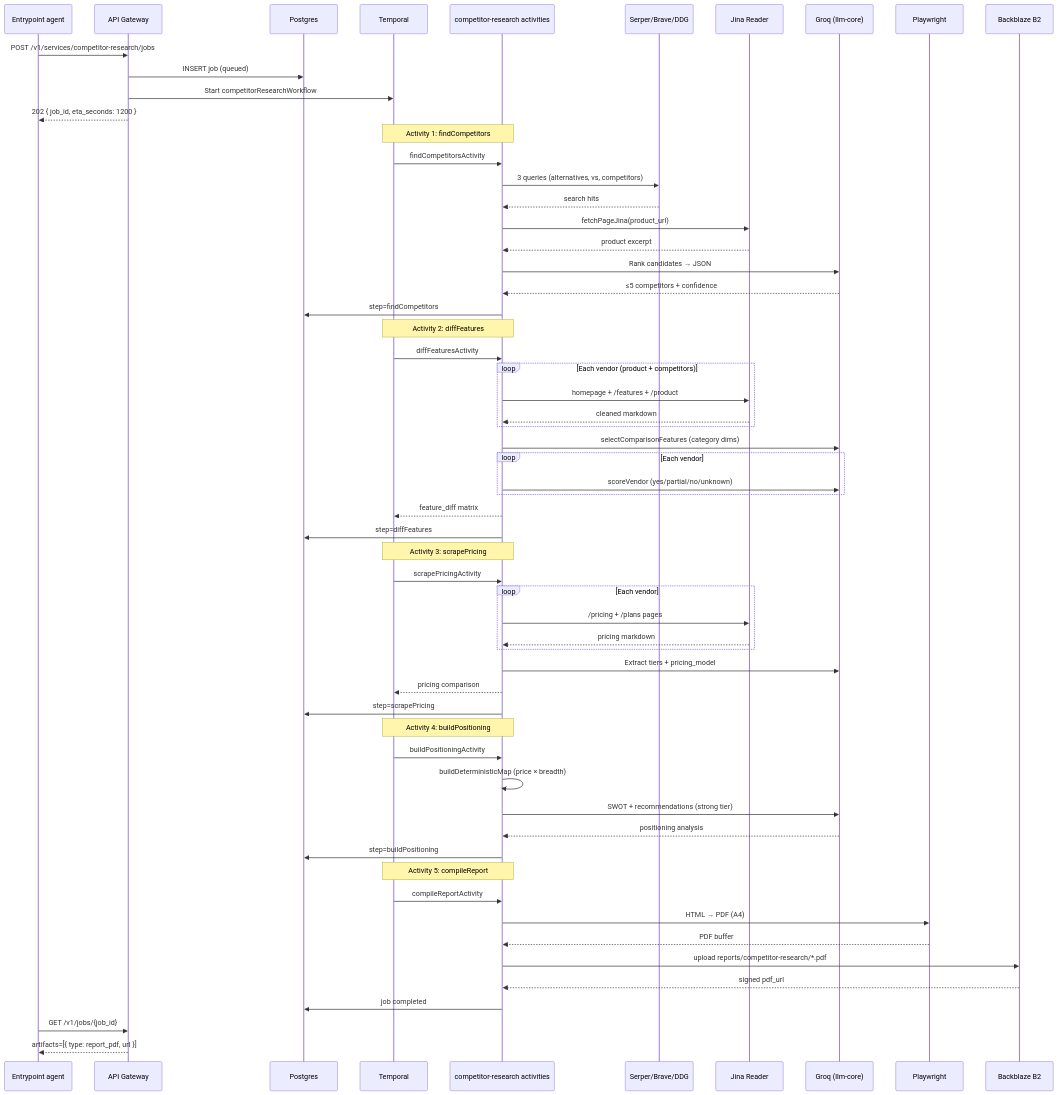
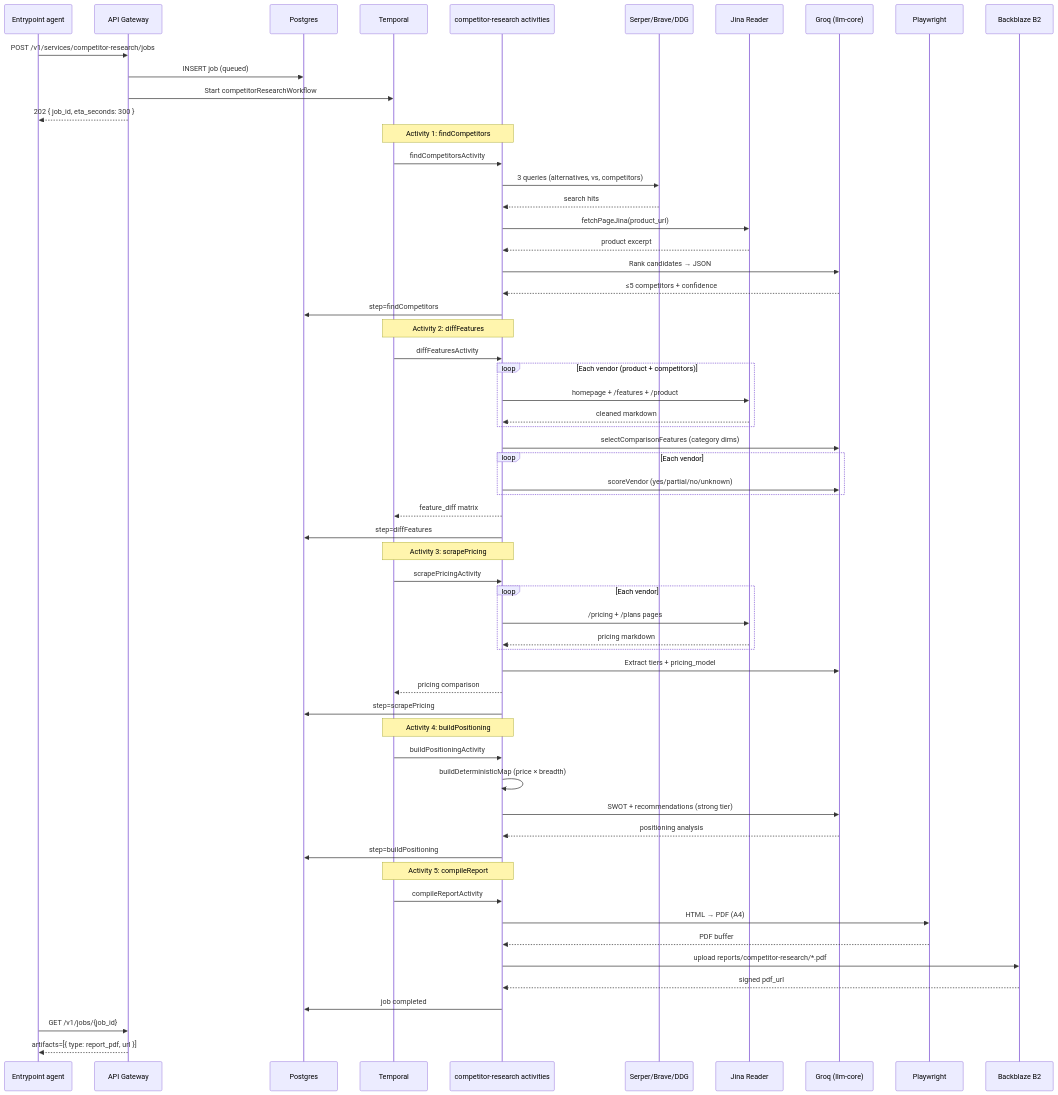
One commit to Marshal-AM/founderblaze changed diagram 12 of 15 in README.md. Above: the diagram before and after it, drawn with Mermaid. The commit also changed other lines of this file, not shown here.

````diff
--- a/README.md
+++ b/README.md
@@ -2767,70 +2770,70 @@
 ```mermaid
 sequenceDiagram
     participant Agent as Calling Agent
     participant GW as API Gateway
     participant Agent as Entrypoint agent
     participant DB as Postgres
     participant T as Temporal
     participant CR as competitor-research activities
     participant Search as Serper/Brave/DDG
     participant Jina as Jina Reader
     participant Groq as Groq (llm-core)
     participant PW as Playwright
     participant SB as Backblaze B2
 
     Agent->>GW: POST /v1/services/competitor-research/jobs
         GW->>DB: INSERT job (queued)
     GW->>T: Start competitorResearchWorkflow
-    GW-->>Agent: 202 { job_id, eta_seconds: 1200 }
+    GW-->>Agent: 202 { job_id, eta_seconds: 300 }
 
     Note over T,CR: Activity 1: findCompetitors
     T->>CR: findCompetitorsActivity
     CR->>Search: 3 queries (alternatives, vs, competitors)
     Search-->>CR: search hits
     CR->>Jina: fetchPageJina(product_url)
     Jina-->>CR: product excerpt
     CR->>Groq: Rank candidates → JSON
     Groq-->>CR: ≤5 competitors + confidence
     CR->>DB: step=findCompetitors
 
     Note over T,CR: Activity 2: diffFeatures
     T->>CR: diffFeaturesActivity
     loop Each vendor (product + competitors)
         CR->>Jina: homepage + /features + /product
         Jina-->>CR: cleaned markdown
     end
     CR->>Groq: selectComparisonFeatures (category dims)
     loop Each vendor
         CR->>Groq: scoreVendor (yes/partial/no/unknown)
     end
     CR-->>T: feature_diff matrix
     CR->>DB: step=diffFeatures
 
     Note over T,CR: Activity 3: scrapePricing
     T->>CR: scrapePricingActivity
     loop Each vendor
         CR->>Jina: /pricing + /plans pages
         Jina-->>CR: pricing markdown
     end
     CR->>Groq: Extract tiers + pricing_model
     CR-->>T: pricing comparison
     CR->>DB: step=scrapePricing
 
     Note over T,CR: Activity 4: buildPositioning
     T->>CR: buildPositioningActivity
     CR->>CR: buildDeterministicMap (price × breadth)
     CR->>Groq: SWOT + recommendations (strong tier)
     Groq-->>CR: positioning analysis
     CR->>DB: step=buildPositioning
 
     Note over T,CR: Activity 5: compileReport
     T->>CR: compileReportActivity
     CR->>PW: HTML → PDF (A4)
     PW-->>CR: PDF buffer
     CR->>SB: upload reports/competitor-research/*.pdf
     SB-->>CR: signed pdf_url
     CR->>DB: job completed
 
     Agent->>GW: GET /v1/jobs/{job_id}
     GW-->>Agent: artifacts=[{ type: report_pdf, url }]
 ```
````
